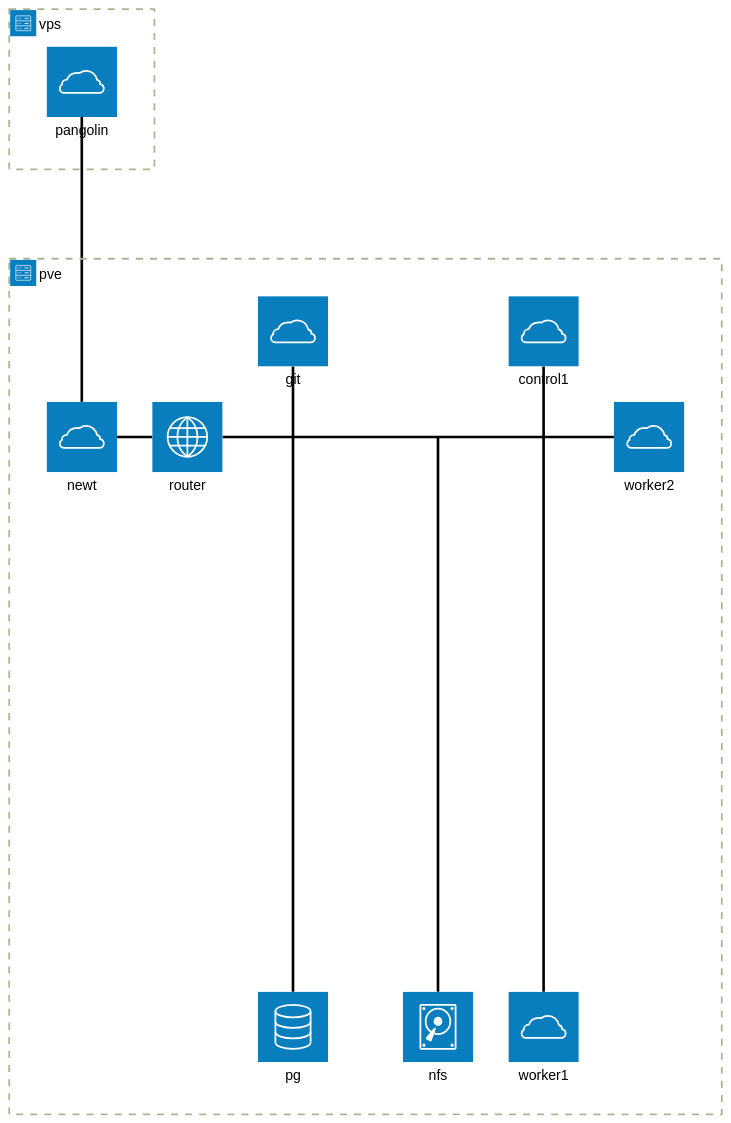
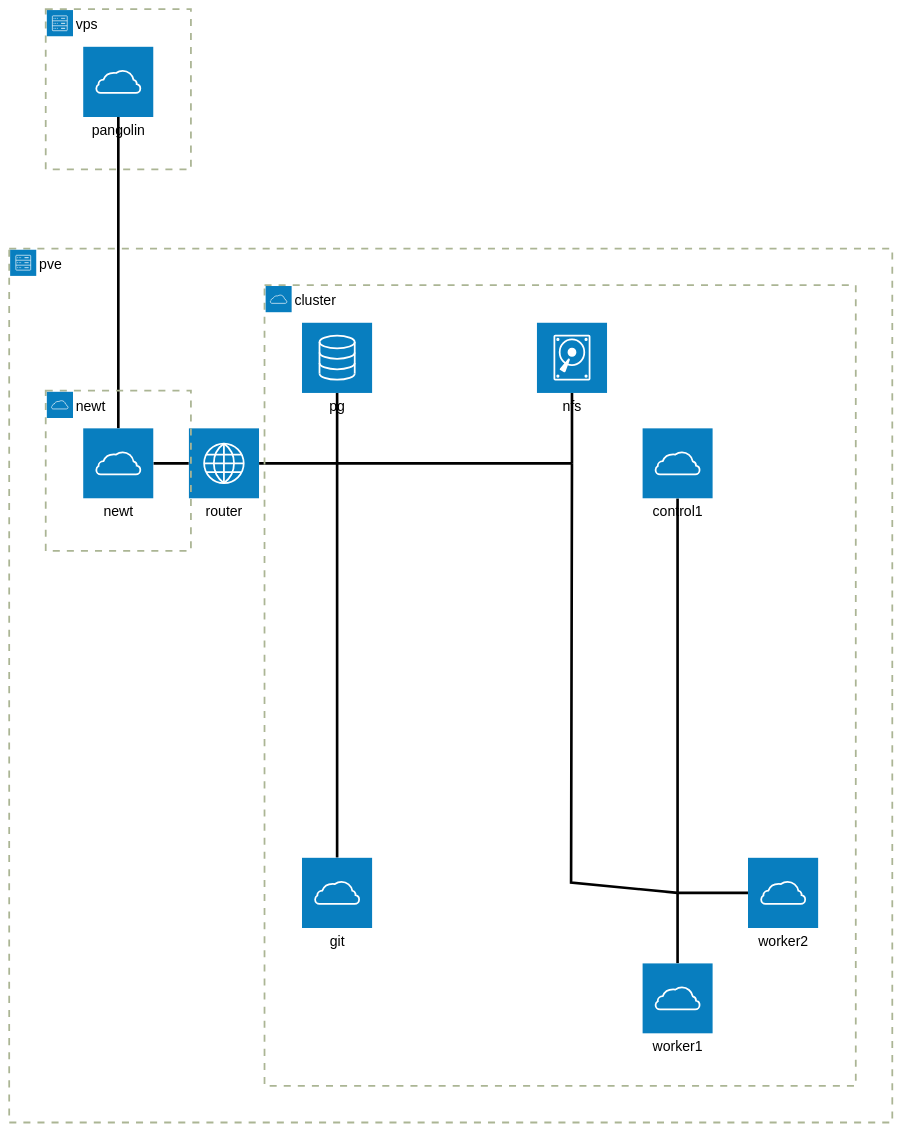
One commit to konstaka/homelab changed the diagram in README.md. Above: the diagram before and after it, drawn with Mermaid (forest theme). The commit also changed other lines of this file, not shown here.

Commit message:
update docs about git and networks

````diff
--- a/README.md
+++ b/README.md
@@ -24,30 +22,32 @@
 ```mermaid
 architecture-beta
     group pve(server)[pve]
     group vps(server)[vps]
+    group newtnet(cloud)[newt] in pve
+    group cluster(cloud)[cluster] in pve
 
     service router(internet)[router] in pve
-    service control1(cloud)[control1] in pve
-    service worker1(cloud)[worker1] in pve
-    service worker2(cloud)[worker2] in pve
-    service nfs(disk)[nfs] in pve
-    service pg(database)[pg] in pve
-    service git(cloud)[git] in pve
+    service control1(cloud)[control1] in cluster
+    service worker1(cloud)[worker1] in cluster
+    service worker2(cloud)[worker2] in cluster
+    service nfs(disk)[nfs] in cluster
+    service pg(database)[pg] in cluster
+    service git(cloud)[git] in cluster
     junction clusterbus
     junction dmzbus1
     junction dmzbus2
     service pangolin(cloud)[pangolin] in vps
-    service newt(cloud)[newt] in pve
+    service newt(cloud)[newt] in newtnet
 
     router:R -- L:dmzbus1
     dmzbus1:R -- L:dmzbus2
-    dmzbus2:R -- L:clusterbus
+    dmzbus2:B -- L:clusterbus
     control1:B -- T:clusterbus
     worker1:T -- B:clusterbus
     worker2:L -- R:clusterbus
-    nfs:T -- B:dmzbus2
-    pg:T -- B:dmzbus1
-    git:B -- T:dmzbus1
+    nfs:B -- T:dmzbus2
+    pg:B -- T:dmzbus1
+    git:T -- B:dmzbus1
     pangolin:B -- T:newt
     newt:R -- L:router
 ```
````
